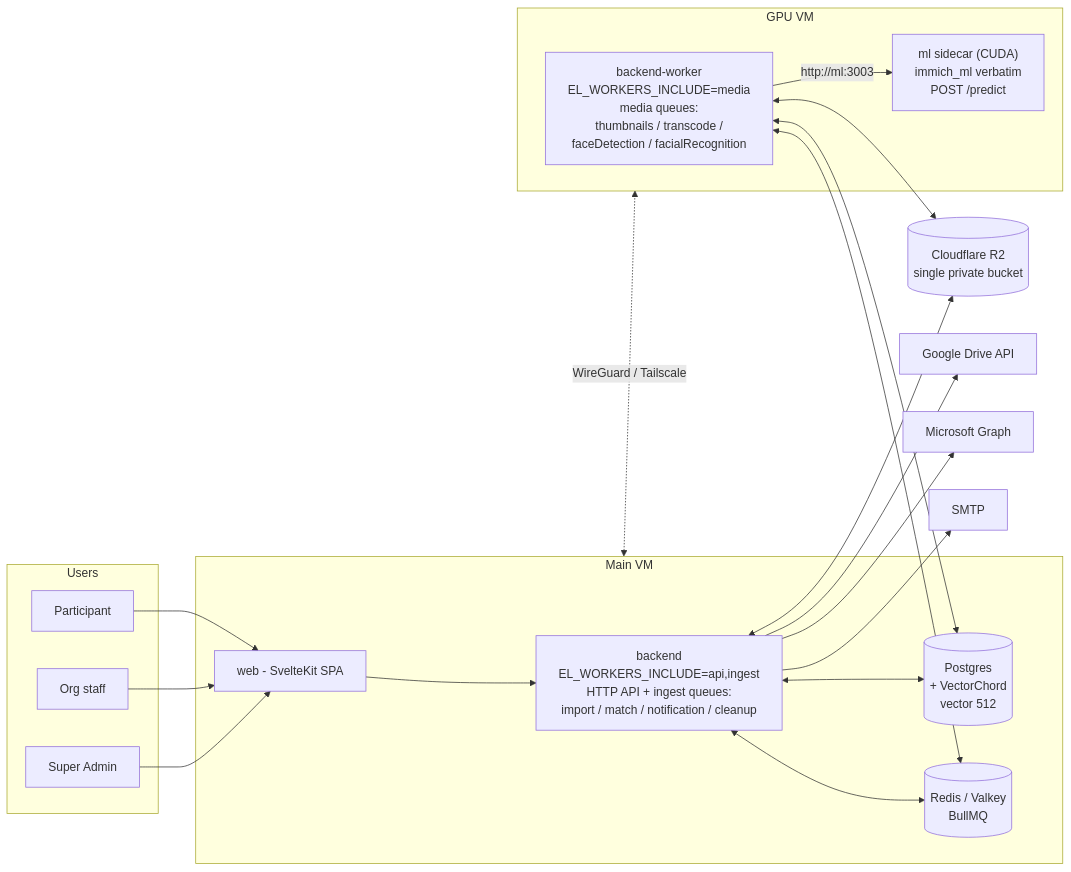
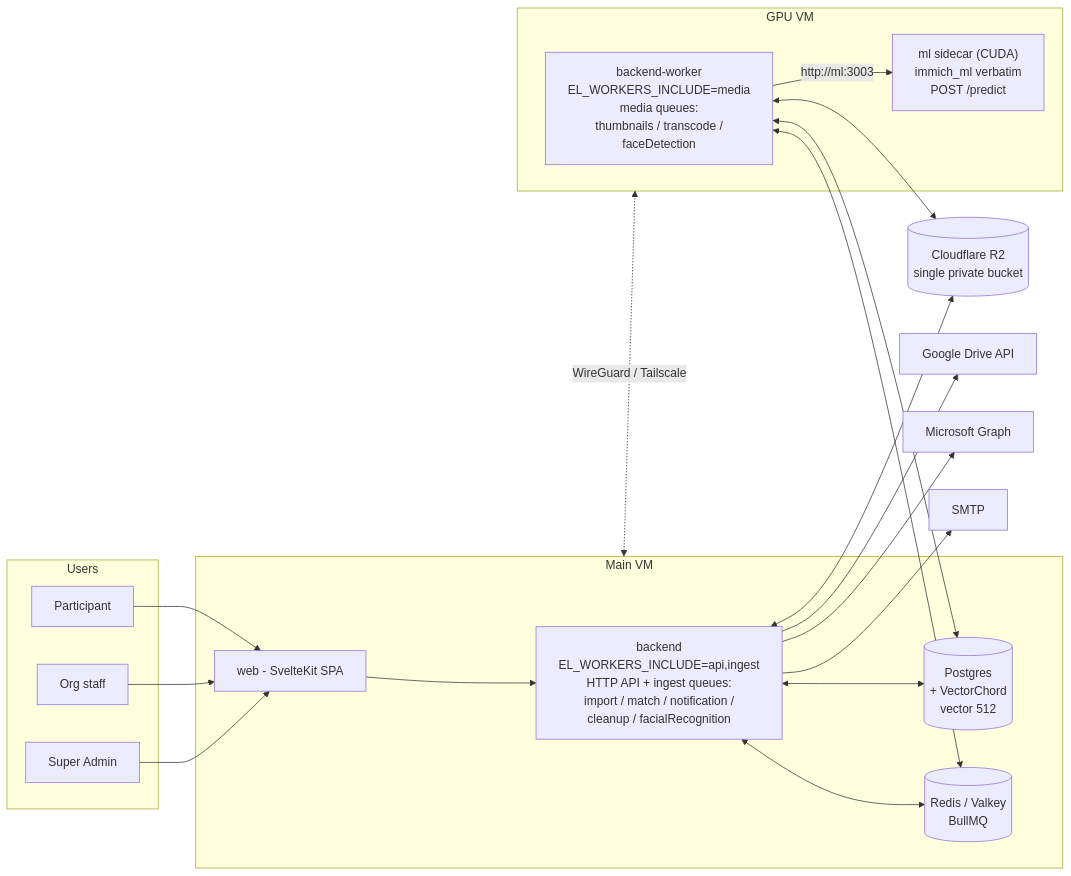
One commit to vd8761/event-media-platform changed the diagram in docs/plan/00-overview.md. Above: the diagram before and after it, drawn with Mermaid. The commit also changed 9 other files, not shown here.

````diff
--- a/docs/plan/00-overview.md
+++ b/docs/plan/00-overview.md
@@ -17,37 +17,37 @@
 ```mermaid
 flowchart LR
     subgraph Users
         SA[Super Admin]
         ORG[Org staff]
         P[Participant]
     end
 
     subgraph MainVM[Main VM]
         WEB[web - SvelteKit SPA]
-        API["backend<br/>EL_WORKERS_INCLUDE=api,ingest<br/>HTTP API + ingest queues:<br/>import / match / notification / cleanup"]
+        API["backend<br/>EL_WORKERS_INCLUDE=api,ingest<br/>HTTP API + ingest queues:<br/>import / match / notification /<br/>cleanup / facialRecognition"]
         PG[(Postgres<br/>+ VectorChord<br/>vector 512)]
         RD[(Redis / Valkey<br/>BullMQ)]
     end
 
     subgraph GPUVM[GPU VM]
-        WRK["backend-worker<br/>EL_WORKERS_INCLUDE=media<br/>media queues:<br/>thumbnails / transcode /<br/>faceDetection / facialRecognition"]
+        WRK["backend-worker<br/>EL_WORKERS_INCLUDE=media<br/>media queues:<br/>thumbnails / transcode /<br/>faceDetection"]
         ML["ml sidecar (CUDA)<br/>immich_ml verbatim<br/>POST /predict"]
     end
 
     R2[(Cloudflare R2<br/>single private bucket)]
     GD[Google Drive API]
     OD[Microsoft Graph]
     SMTP[SMTP]
 
     SA & ORG & P --> WEB --> API
     API <--> PG
     API <--> RD
     API <--> R2
     API --> GD & OD & SMTP
     WRK <--> RD
     WRK <--> PG
     WRK <--> R2
     WRK -->|http://ml:3003| ML
 
     MainVM <-.->|WireGuard / Tailscale| GPUVM
 ```
````
